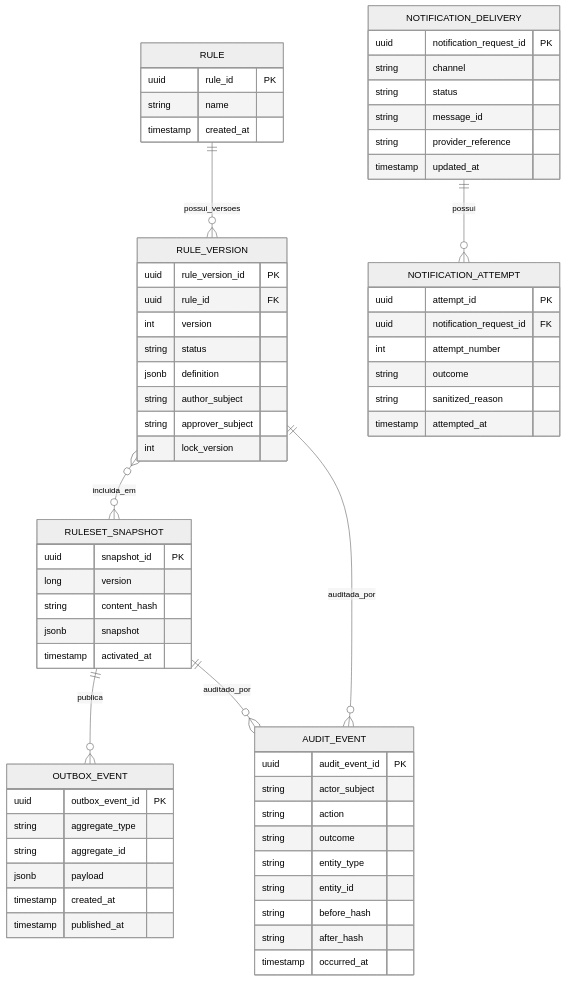
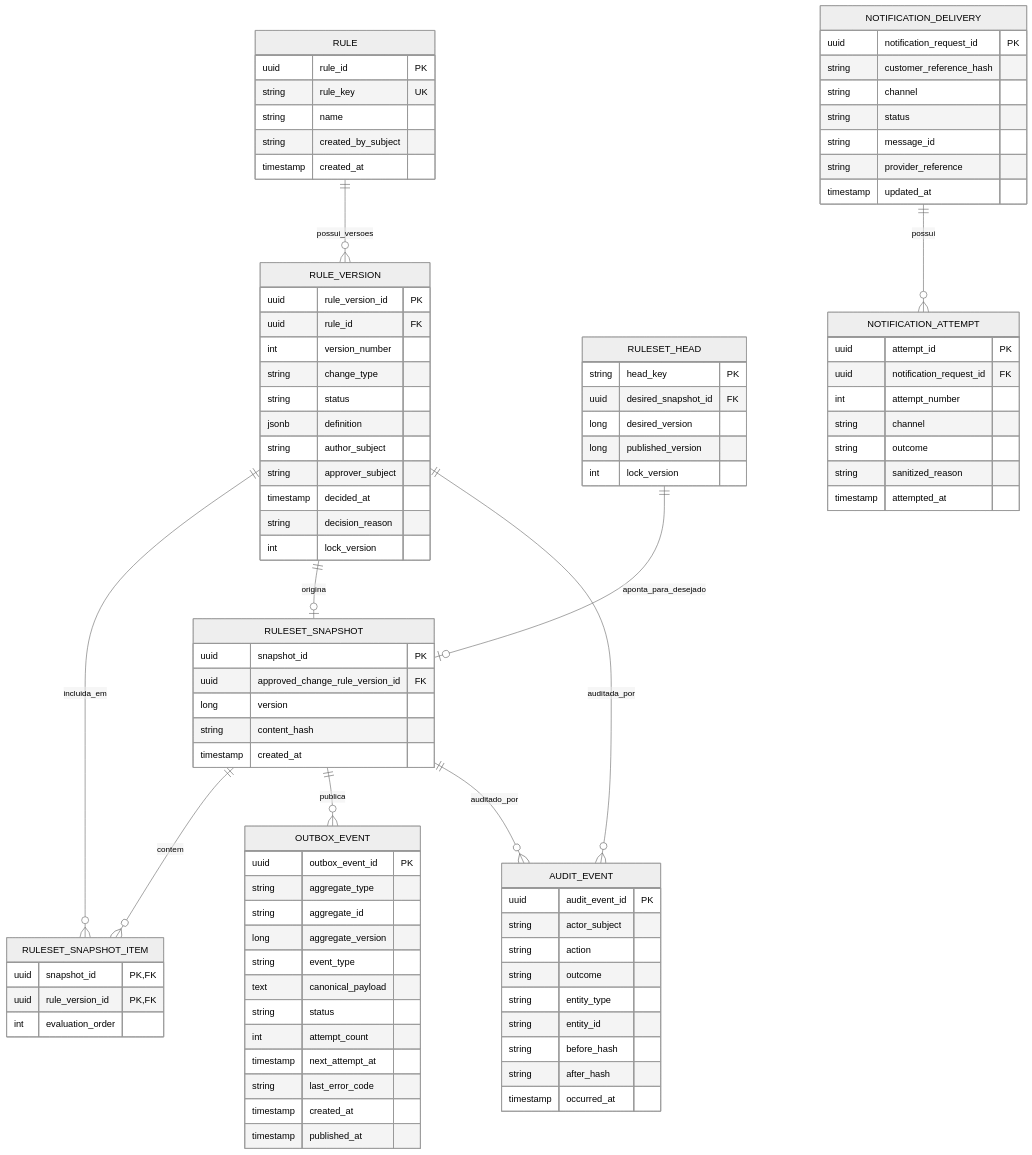
One commit to pablo-bochi/fraud-engine changed the seventh of 8 diagrams in docs/plans/2026-09-04-1738-feat-fraud-detection-engine-plan.md. Above: the diagram before and after it, drawn with Mermaid (neutral theme). The commit also changed other lines of this file, not shown here.

````diff
--- a/docs/plans/2026-09-04-1738-feat-fraud-detection-engine-plan.md
+++ b/docs/plans/2026-09-04-1738-feat-fraud-detection-engine-plan.md
@@ -446,7 +514,10 @@
 ```mermaid
 erDiagram
   RULE ||--o{ RULE_VERSION : possui_versoes
-  RULE_VERSION }o--o{ RULESET_SNAPSHOT : incluida_em
+  RULE_VERSION ||--o{ RULESET_SNAPSHOT_ITEM : incluida_em
+  RULE_VERSION ||--o| RULESET_SNAPSHOT : origina
+  RULESET_SNAPSHOT ||--o{ RULESET_SNAPSHOT_ITEM : contem
+  RULESET_HEAD ||--o| RULESET_SNAPSHOT : aponta_para_desejado
   RULESET_SNAPSHOT ||--o{ OUTBOX_EVENT : publica
   RULE_VERSION ||--o{ AUDIT_EVENT : auditada_por
   RULESET_SNAPSHOT ||--o{ AUDIT_EVENT : auditado_por
@@ -454,25 +525,42 @@
 
   RULE {
     uuid rule_id PK
+    string rule_key UK
     string name
+    string created_by_subject
     timestamp created_at
   }
   RULE_VERSION {
     uuid rule_version_id PK
     uuid rule_id FK
-    int version
+    int version_number
+    string change_type
     string status
     jsonb definition
     string author_subject
     string approver_subject
+    timestamp decided_at
+    string decision_reason
     int lock_version
   }
   RULESET_SNAPSHOT {
     uuid snapshot_id PK
+    uuid approved_change_rule_version_id FK
     long version
     string content_hash
-    jsonb snapshot
-    timestamp activated_at
+    timestamp created_at
+  }
+  RULESET_SNAPSHOT_ITEM {
+    uuid snapshot_id PK,FK
+    uuid rule_version_id PK,FK
+    int evaluation_order
+  }
+  RULESET_HEAD {
+    string head_key PK
+    uuid desired_snapshot_id FK
+    long desired_version
+    long published_version
+    int lock_version
   }
   AUDIT_EVENT {
     uuid audit_event_id PK
@@ -489,12 +577,19 @@
     uuid outbox_event_id PK
     string aggregate_type
     string aggregate_id
-    jsonb payload
+    long aggregate_version
+    string event_type
+    text canonical_payload
+    string status
+    int attempt_count
+    timestamp next_attempt_at
+    string last_error_code
     timestamp created_at
     timestamp published_at
   }
   NOTIFICATION_DELIVERY {
     uuid notification_request_id PK
+    string customer_reference_hash
     string channel
     string status
     string message_id
@@ -505,6 +600,7 @@
     uuid attempt_id PK
     uuid notification_request_id FK
     int attempt_number
+    string channel
     string outcome
     string sanitized_reason
     timestamp attempted_at
````
